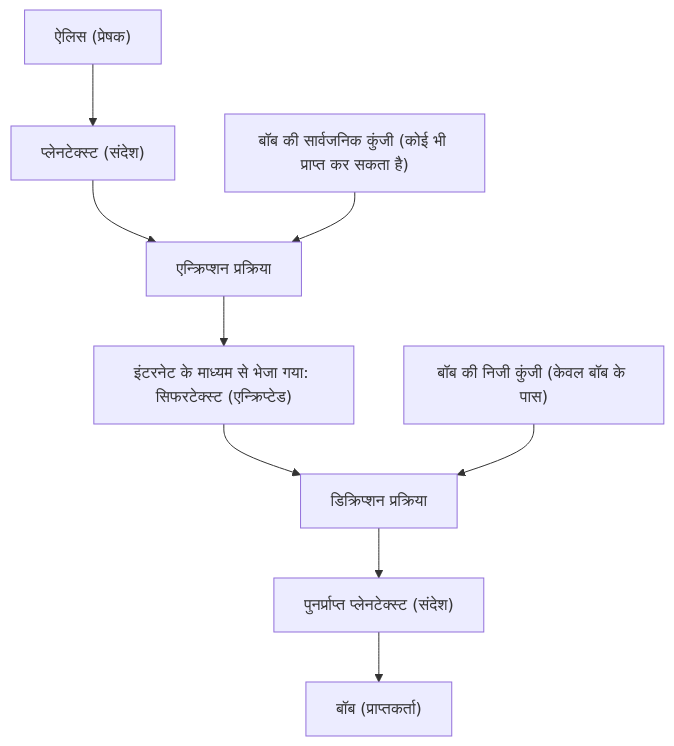
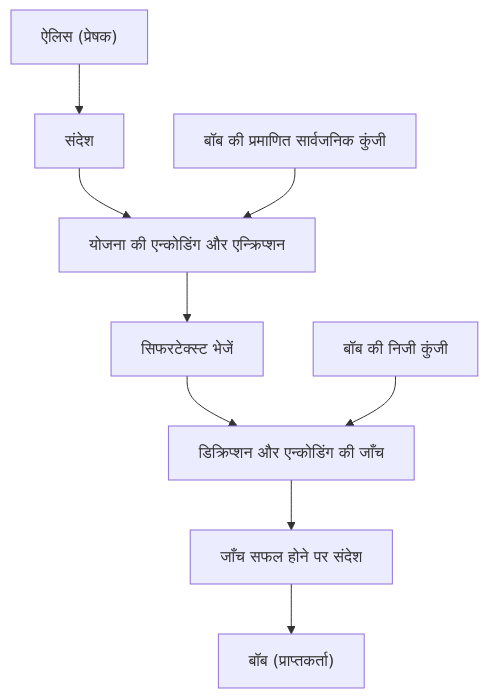
The first of 3 diagrams in content/post/rsa暗号の仕組みを高校生でもわかるように説明する/index.hi.md (kenjinote/blog), drawn with Mermaid before and after one commit. The commit also changed other lines of this file and 5 other files, not shown here.

````diff
--- a/content/post/rsa暗号の仕組みを高校生でもわかるように説明する/index.hi.md
+++ b/content/post/rsa暗号の仕組みを高校生でもわかるように説明する/index.hi.md
@@ -45,11 +23,11 @@
 ```mermaid
 graph TD
-    A["ऐलिस (प्रेषक)"] --> B["प्लेनटेक्स्ट (संदेश)"]
-    B --> C["एन्क्रिप्शन प्रक्रिया"]
-    D["बॉब की सार्वजनिक कुंजी (कोई भी प्राप्त कर सकता है)"] --> C
-    C --> E["इंटरनेट के माध्यम से भेजा गया: सिफरटेक्स्ट (एन्क्रिप्टेड)"]
-    E --> F["डिक्रिप्शन प्रक्रिया"]
-    G["बॉब की निजी कुंजी (केवल बॉब के पास)"] --> F
-    F --> H["पुनर्प्राप्त प्लेनटेक्स्ट (संदेश)"]
+    A["ऐलिस (प्रेषक)"] --> B["संदेश"]
+    B --> C["योजना की एन्कोडिंग और एन्क्रिप्शन"]
+    D["बॉब की प्रमाणित सार्वजनिक कुंजी"] --> C
+    C --> E["सिफरटेक्स्ट भेजें"]
+    E --> F["डिक्रिप्शन और एन्कोडिंग की जाँच"]
+    G["बॉब की निजी कुंजी"] --> F
+    F --> H["जाँच सफल होने पर संदेश"]
     H --> I["बॉब (प्राप्तकर्ता)"]
 ```
````
